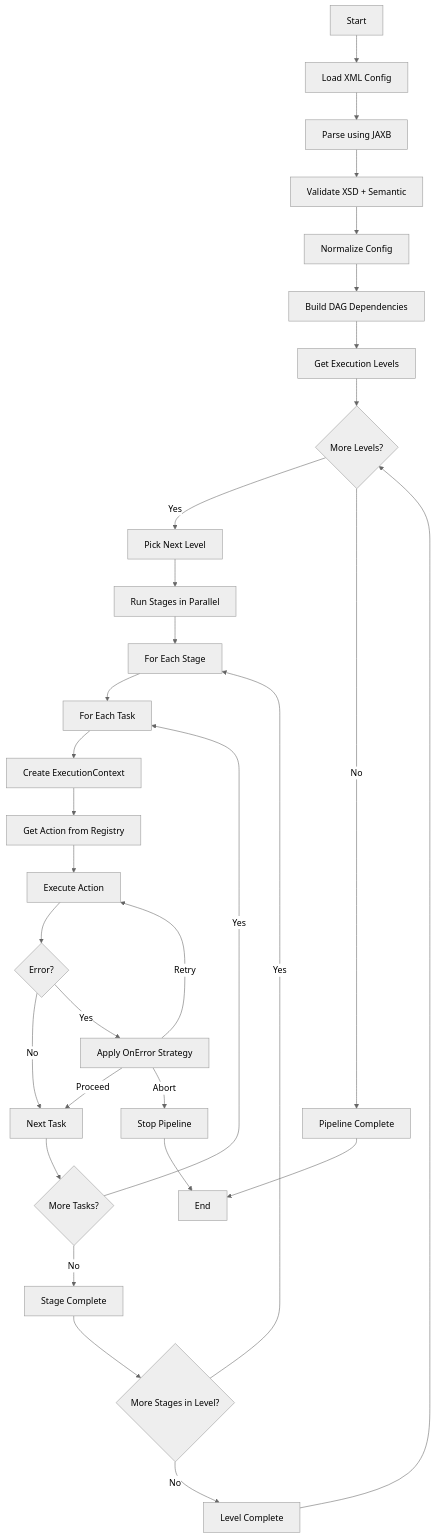
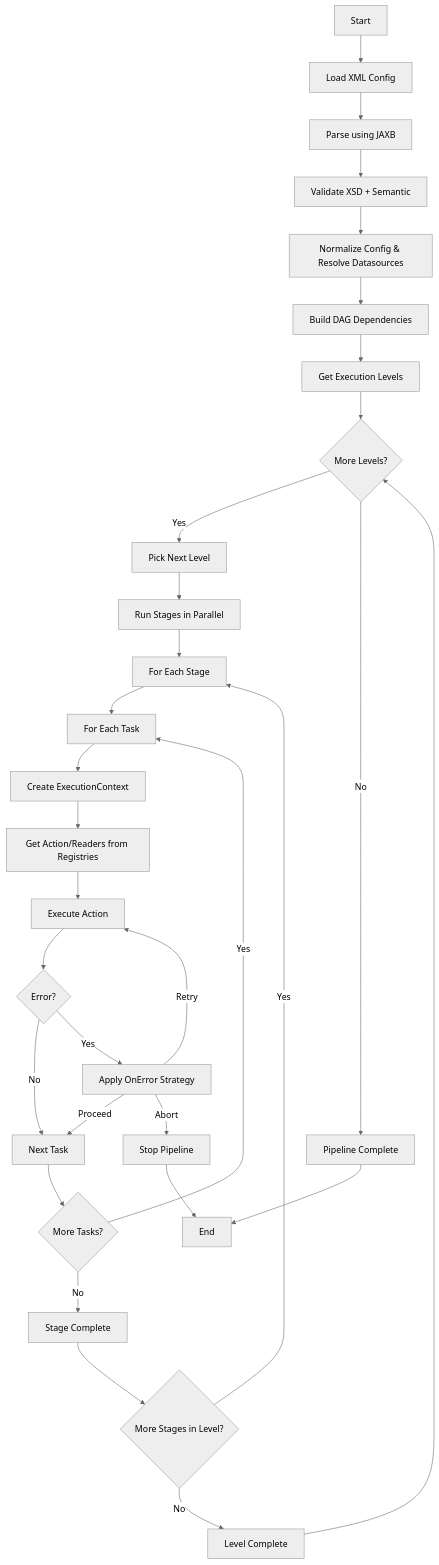
The first of 2 diagrams in README.md (Rohitangshu2026/data-pipeline-framework), drawn with Mermaid (neutral theme) before and after one commit. The commit also changed other lines of this file and 14 other files, not shown here.

````diff
--- a/README.md
+++ b/README.md
@@ -82,47 +84,46 @@
 ```mermaid
 flowchart TD
 
 A[Start]
 B[Load XML Config]
 C[Parse using JAXB]
 D[Validate XSD + Semantic]
-E[Normalize Config]
+E[Normalize Config & Resolve Datasources]
 F[Build DAG Dependencies]
 G[Get Execution Levels]
 H{More Levels?}
 I[Pick Next Level]
 J[Run Stages in Parallel]
 K[For Each Stage]
 L[For Each Task]
 M[Create ExecutionContext]
-N[Get Action from Registry]
+N[Get Action/Readers from Registries]
 O[Execute Action]
 P{Error?}
 Q[Next Task]
 R[Apply OnError Strategy]
 S{More Tasks?}
 T[Stage Complete]
 U{More Stages in Level?}
 V[Level Complete]
 W[Pipeline Complete]
 X[End]
 Z[Stop Pipeline]
 
 A --> B --> C --> D --> E --> F --> G --> H
 H -->|Yes| I --> J --> K --> L --> M --> N --> O --> P
 P -->|No| Q
 P -->|Yes| R
 R -->|Retry| O
 R -->|Proceed| Q
 R -->|Abort| Z
 Q --> S
 S -->|Yes| L
 S -->|No| T
 T --> U
 U -->|Yes| K
 U -->|No| V
 V --> H
 H -->|No| W --> X
 Z --> X
-
 ```
````
